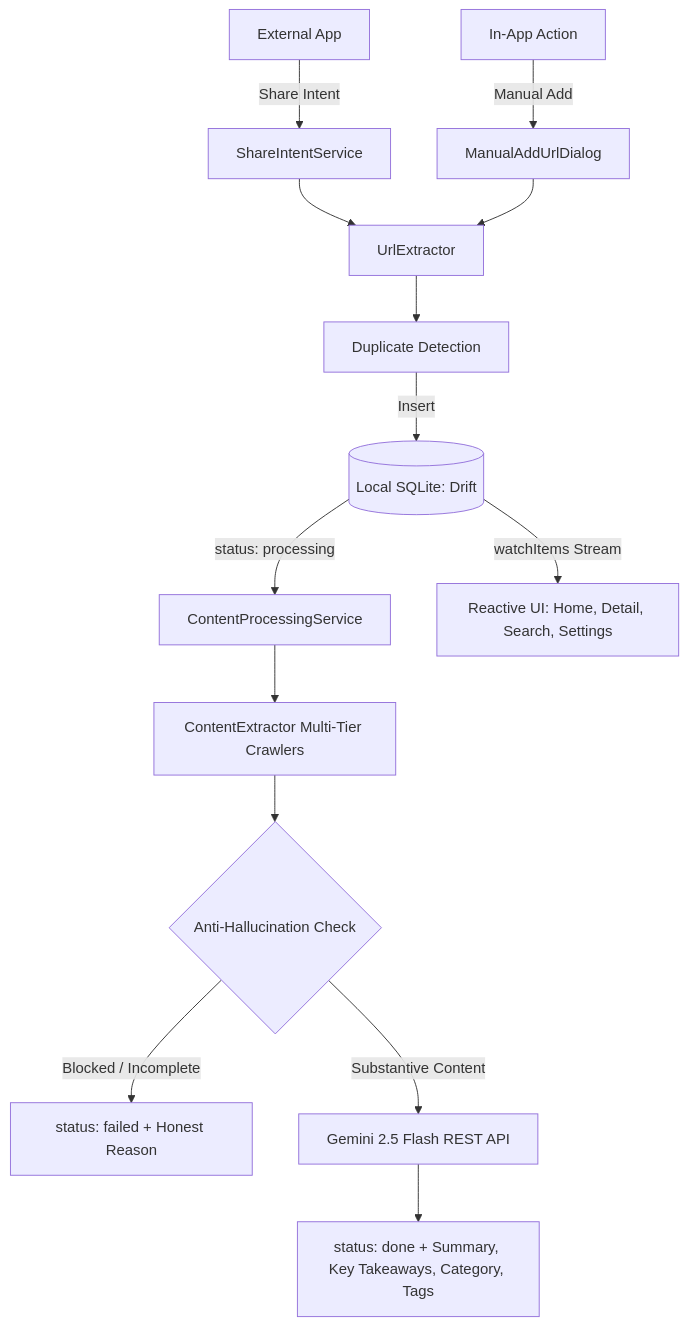
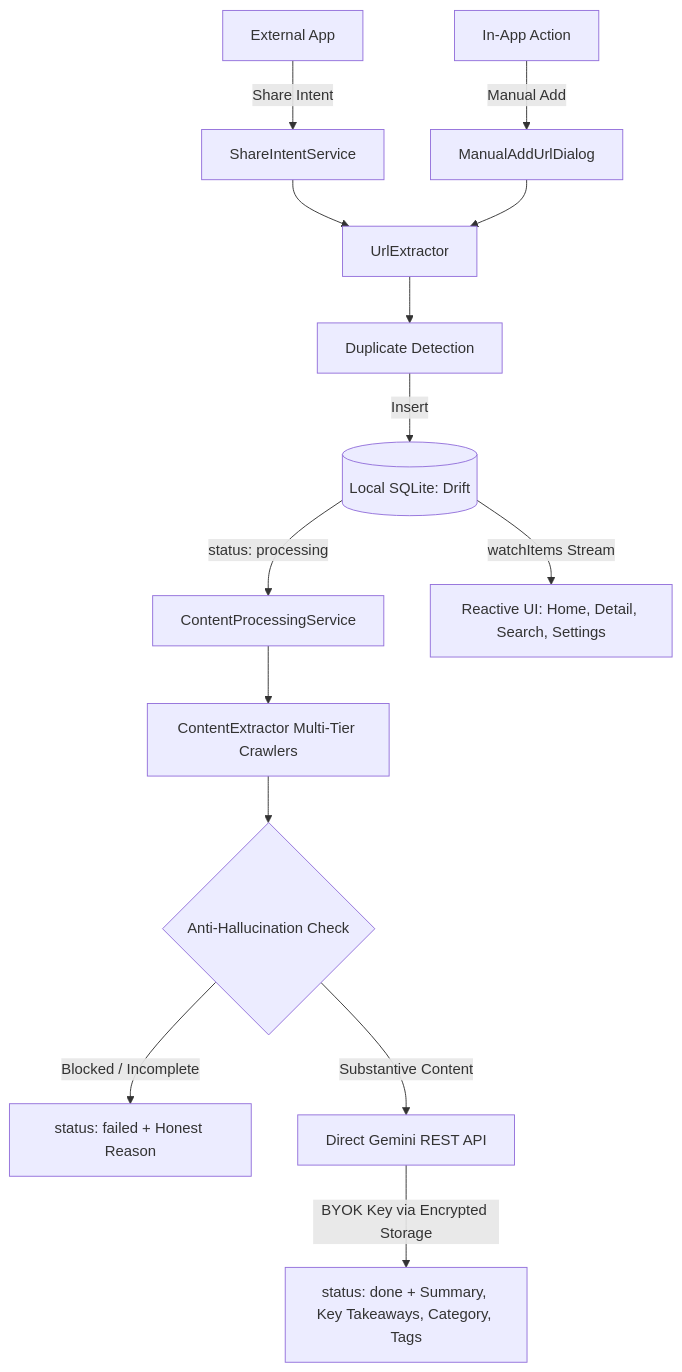
One commit to Krishh19/Recall changed the diagram in README.md. Above: the diagram before and after it, drawn with Mermaid. The commit also changed other lines of this file, not shown here.

Commit message:
docs: update README to document BYOK architecture and in-app key setup

````diff
--- a/README.md
+++ b/README.md
@@ -37,22 +38,22 @@
 ```mermaid
 graph TD
     A[External App] -->|Share Intent| B[ShareIntentService]
     C[In-App Action] -->|Manual Add| D[ManualAddUrlDialog]
     
     B --> E[UrlExtractor]
     D --> E[UrlExtractor]
     
     E --> F[Duplicate Detection]
     F -->|Insert| G[(Local SQLite: Drift)]
     
     G -->|status: processing| H[ContentProcessingService]
     H --> I[ContentExtractor Multi-Tier Crawlers]
     
     I --> J{Anti-Hallucination Check}
     J -->|Blocked / Incomplete| K[status: failed + Honest Reason]
-    J -->|Substantive Content| L[Gemini 2.5 Flash REST API]
+    J -->|Substantive Content| L[Direct Gemini REST API]
     
-    L --> M[status: done + Summary, Key Takeaways, Category, Tags]
+    L -->|BYOK Key via Encrypted Storage| M[status: done + Summary, Key Takeaways, Category, Tags]
     
     G -->|watchItems Stream| N[Reactive UI: Home, Detail, Search, Settings]
 ```
````
